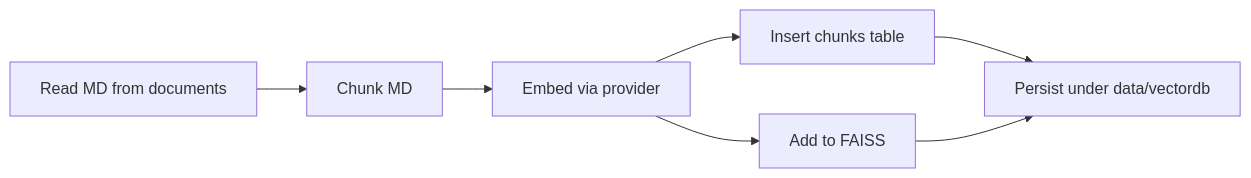
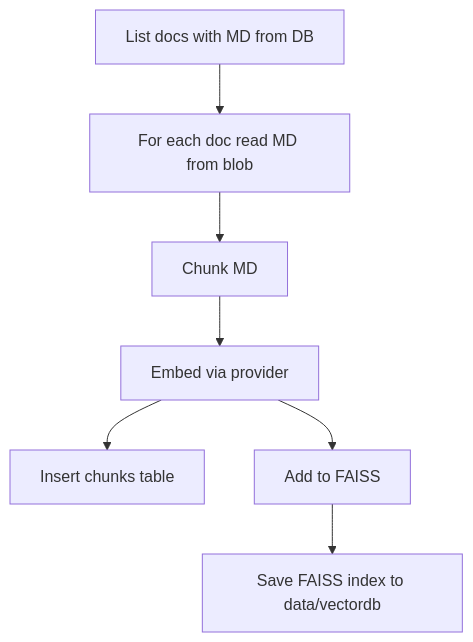
Before and after one commit to Rajesh-Nair/RISEAPP: the fourth of 5 diagrams in README.md, drawn with Mermaid. The commit also changed other lines of this file and 19 other files, not shown here.

````diff
--- a/README.md
+++ b/README.md
@@ -154,9 +213,9 @@
 ```mermaid
-flowchart LR
-  A[Read MD from documents] --> B[Chunk MD]
-  B --> C[Embed via provider]
-  C --> D[Insert chunks table]
-  C --> E[Add to FAISS]
-  D --> F[Persist under data/vectordb]
-  E --> F
+flowchart TB
+  A[List docs with MD from DB] --> B[For each doc read MD from blob]
+  B --> C[Chunk MD]
+  C --> D[Embed via provider]
+  D --> E[Insert chunks table]
+  D --> F[Add to FAISS]
+  F --> G[Save FAISS index to data/vectordb]
 ```
````
